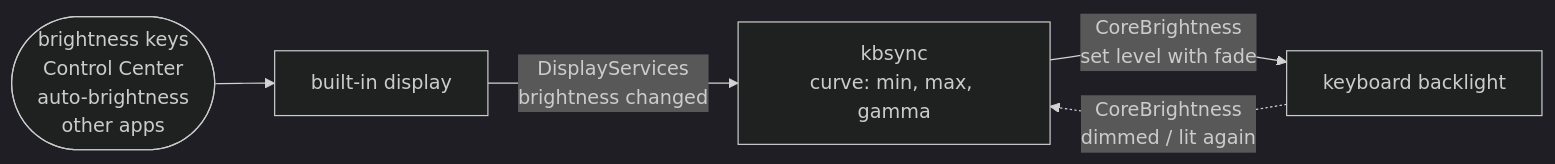
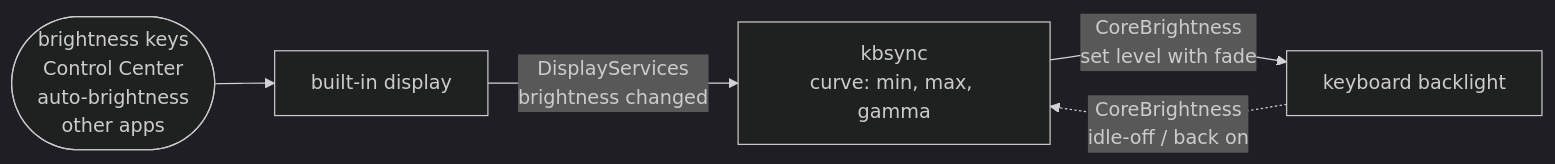
Before and after one commit to simar-s2/kbsync: the diagram in README.md, drawn with Mermaid (dark theme). The commit also changed other lines of this file, not shown here.

````diff
--- a/README.md
+++ b/README.md
@@ -72,12 +113,12 @@
 ```mermaid
 flowchart LR
     input(["brightness keys<br/>Control Center<br/>auto-brightness<br/>other apps"])
     display["built-in display"]
     kbsync["kbsync<br/>curve: min, max, gamma"]
     keyboard["keyboard backlight"]
 
     input --> display
     display -->|"DisplayServices<br/>brightness changed"| kbsync
     kbsync -->|"CoreBrightness<br/>set level with fade"| keyboard
-    keyboard -.->|"CoreBrightness<br/>dimmed / lit again"| kbsync
+    keyboard -.->|"CoreBrightness<br/>idle-off / back on"| kbsync
 ```
````
